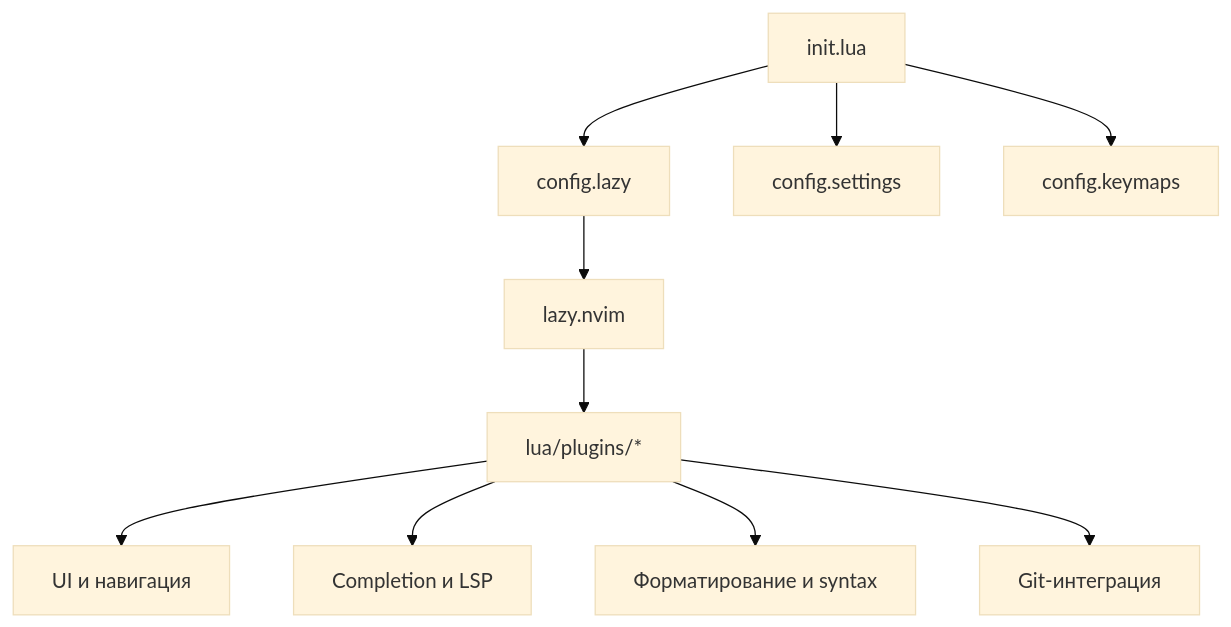
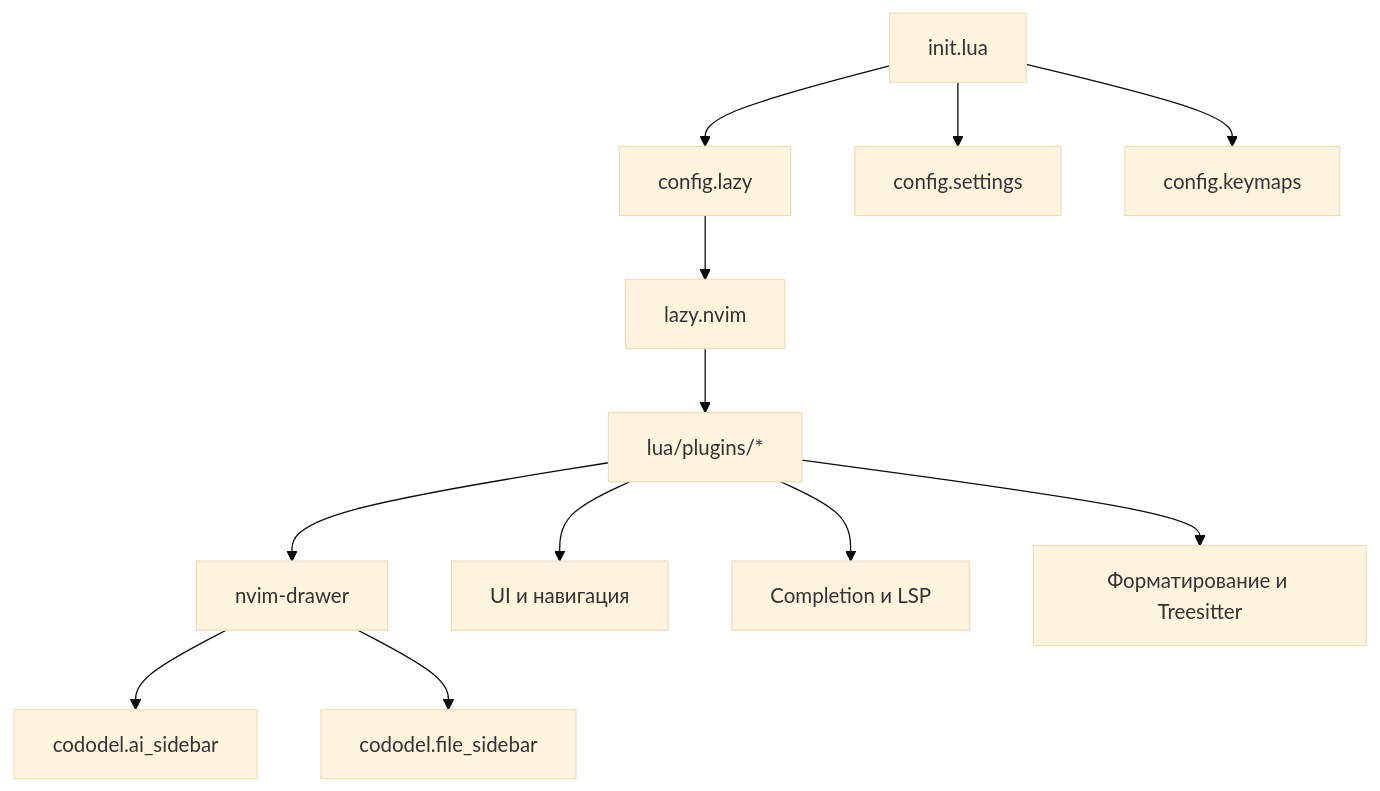
One commit to cododel/nvim-config changed the second of 2 diagrams in README.md. Above: the diagram before and after it, drawn with Mermaid (base theme). The commit also changed other lines of this file and 7 other files, not shown here.

````diff
--- a/README.md
+++ b/README.md
@@ -33,12 +116,14 @@
 ```mermaid
 flowchart TD
   I["init.lua"] --> L["config.lazy"]
   I --> S["config.settings"]
   I --> K["config.keymaps"]
   L --> M["lazy.nvim"]
   M --> P["lua/plugins/*"]
+  P --> D["nvim-drawer"]
   P --> UI["UI и навигация"]
   P --> CODE["Completion и LSP"]
-  P --> EDIT["Форматирование и syntax"]
-  P --> GIT["Git-интеграция"]
+  P --> EDIT["Форматирование и Treesitter"]
+  D --> AI["cododel.ai_sidebar"]
+  D --> FS["cododel.file_sidebar"]
 ```
````
